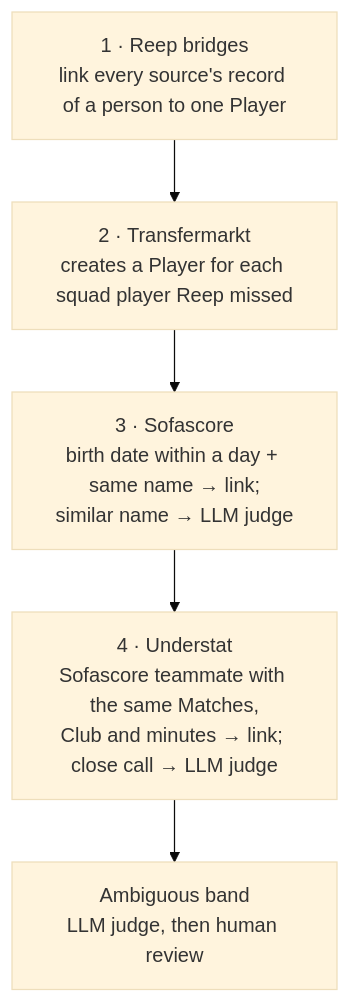
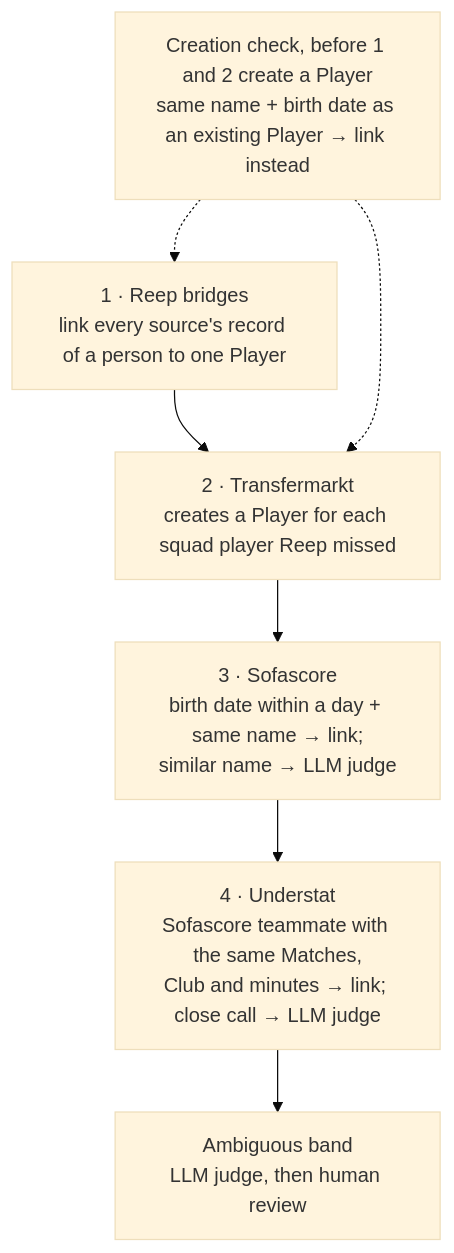
Before and after one commit to felipeall/football-data-ai-platform: the second of 2 diagrams in README.md, drawn with Mermaid (base theme). The commit also changed 10 other files, not shown here.

First line of the commit message:
feat(identity): check for an existing player before creating one (#116)

````diff
--- a/README.md
+++ b/README.md
@@ -103,8 +103,10 @@
 ```mermaid
 flowchart TD
     R["1 · Reep bridges<br/>link every source's record of a person to one Player"] --> T
     T["2 · Transfermarkt<br/>creates a Player for each squad player Reep missed"] --> S
+    C["Creation check, before 1 and 2 create a Player<br/>same name + birth date as an existing Player → link instead"] -.-> R
+    C -.-> T
     S["3 · Sofascore<br/>birth date within a day + same name → link;<br/>similar name → LLM judge"] --> U
     U["4 · Understat<br/>Sofascore teammate with the same Matches,<br/>Club and minutes → link; close call → LLM judge"] --> H
     H["Ambiguous band<br/>LLM judge, then human review"]
 ```
````
